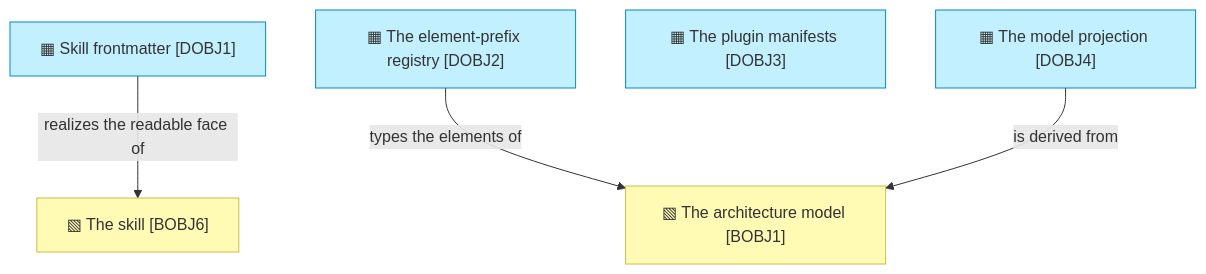
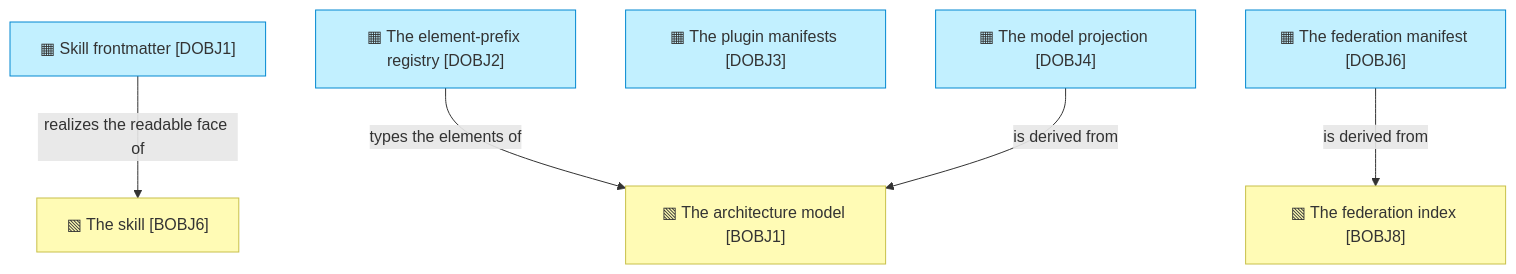
One commit to roanboc/architecture-archreator changed the second of 2 diagrams in product-archreator/architecture/3_information/1_data-objects.md. Above: the diagram before and after it, drawn with Mermaid. The commit also changed other lines of this file and 13 other files, not shown here.

````diff
--- a/product-archreator/architecture/3_information/1_data-objects.md
+++ b/product-archreator/architecture/3_information/1_data-objects.md
@@ -43,17 +44,20 @@
 ```mermaid
 flowchart TB
   dobj1["▦ Skill frontmatter [DOBJ1]"]:::data
   dobj2["▦ The element-prefix registry [DOBJ2]"]:::data
   dobj3["▦ The plugin manifests [DOBJ3]"]:::data
   dobj4["▦ The model projection [DOBJ4]"]:::data
+  dobj6["▦ The federation manifest [DOBJ6]"]:::data
 
   bobj1["▧ The architecture model [BOBJ1]"]:::object
   bobj6["▧ The skill [BOBJ6]"]:::object
+  bobj8["▧ The federation index [BOBJ8]"]:::object
 
   dobj1 -->|realizes the readable face of| bobj6
   dobj2 -->|types the elements of| bobj1
   dobj4 -->|is derived from| bobj1
+  dobj6 -->|is derived from| bobj8
 
   classDef data fill:#c2f0ff,stroke:#0288d1,color:#333
   classDef object fill:#fffbb5,stroke:#c8c04a,color:#333
 ```
````
